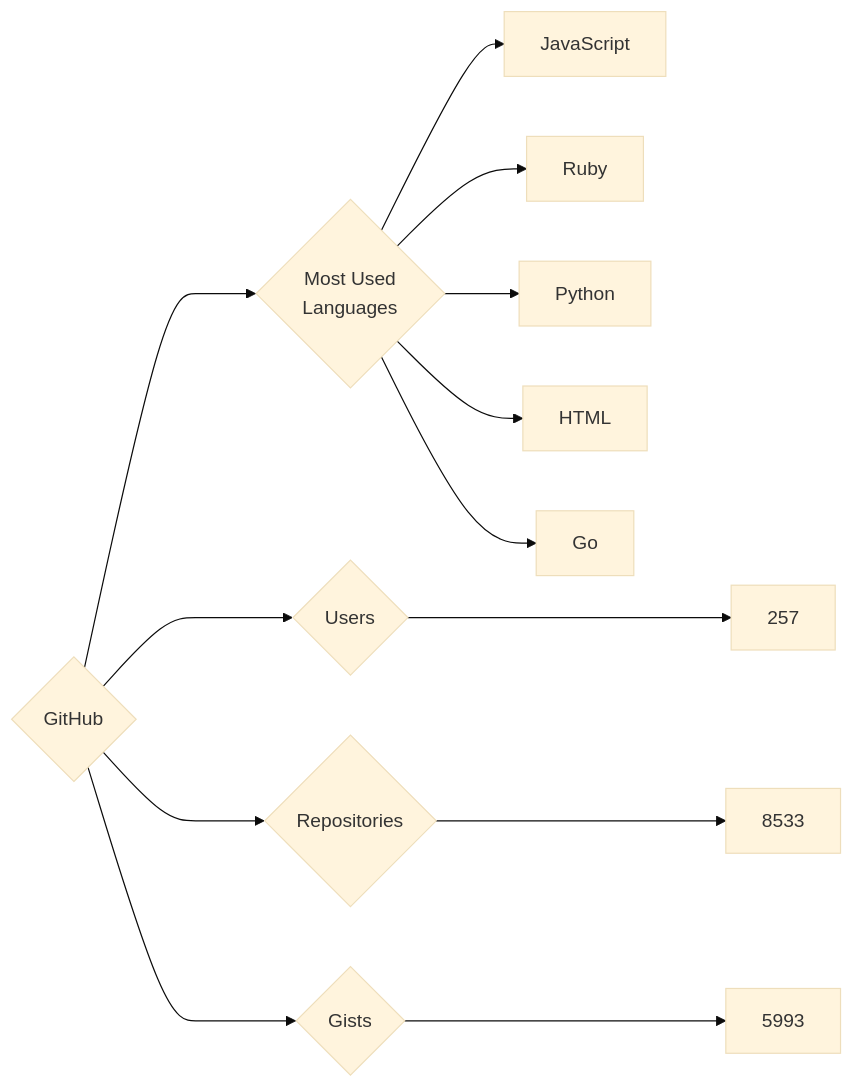
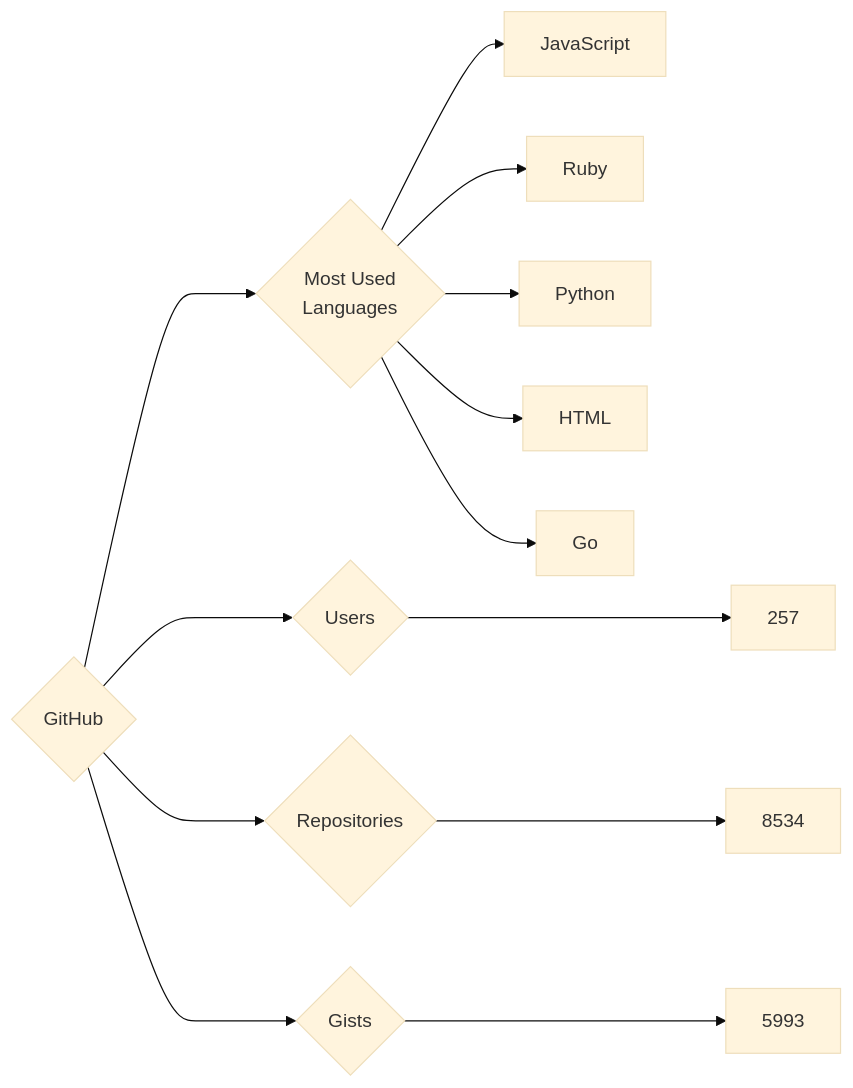
One commit to trickest/insiders changed the diagram in targets/GitHub/README.md. Above: the diagram before and after it, drawn with Mermaid (base theme). The commit also changed 750 other files, not shown here.

````diff
--- a/targets/GitHub/README.md
+++ b/targets/GitHub/README.md
@@ -3,13 +3,13 @@
 ```mermaid
 graph LR
 COMPANY_NAME{GitHub}
 COMPANY_NAME ---> U{Users} ---> UN[257]
-COMPANY_NAME ---> R{Repositories} ---> RN[8533]
+COMPANY_NAME ---> R{Repositories} ---> RN[8534]
 COMPANY_NAME ---> G{Gists} ---> GN[5993]
 COMPANY_NAME ---> ML{Most Used<br>Languages}
 ML --> JavaScript[JavaScript]
 ML --> Ruby[Ruby]
 ML --> Python[Python]
 ML --> HTML[HTML]
 ML --> Go[Go]
 ```
````
